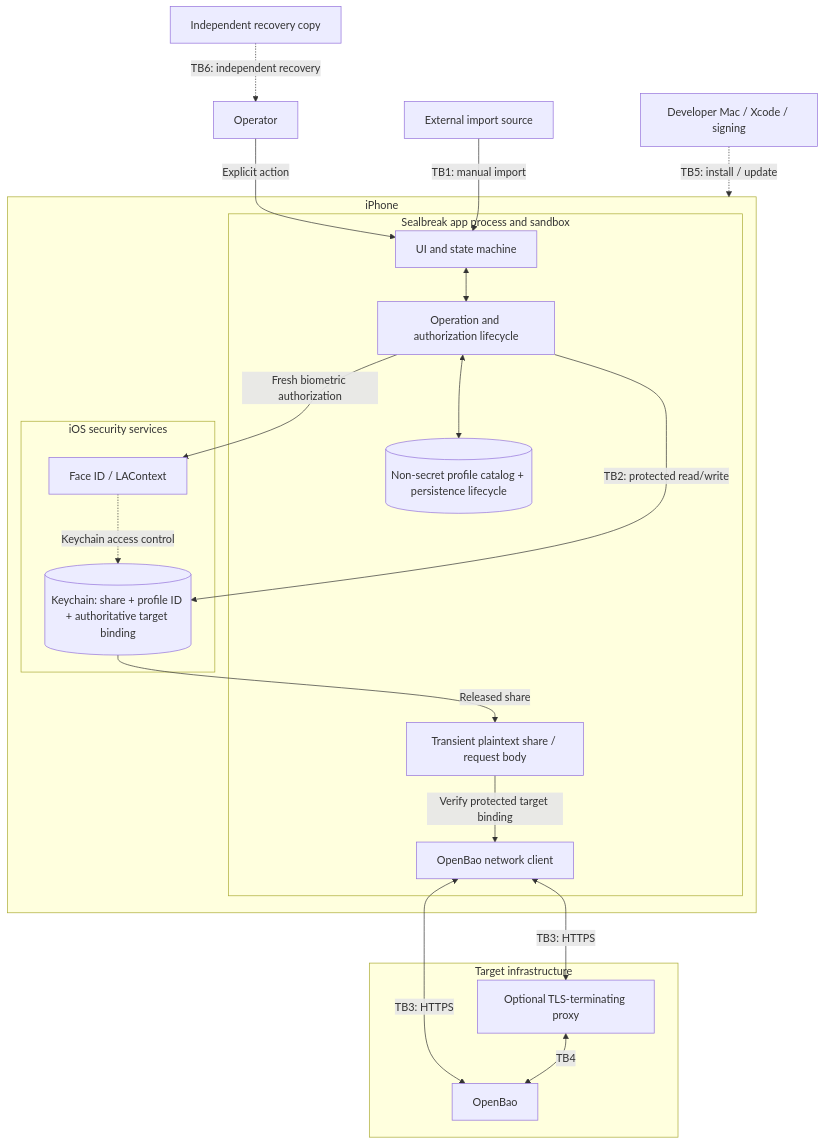
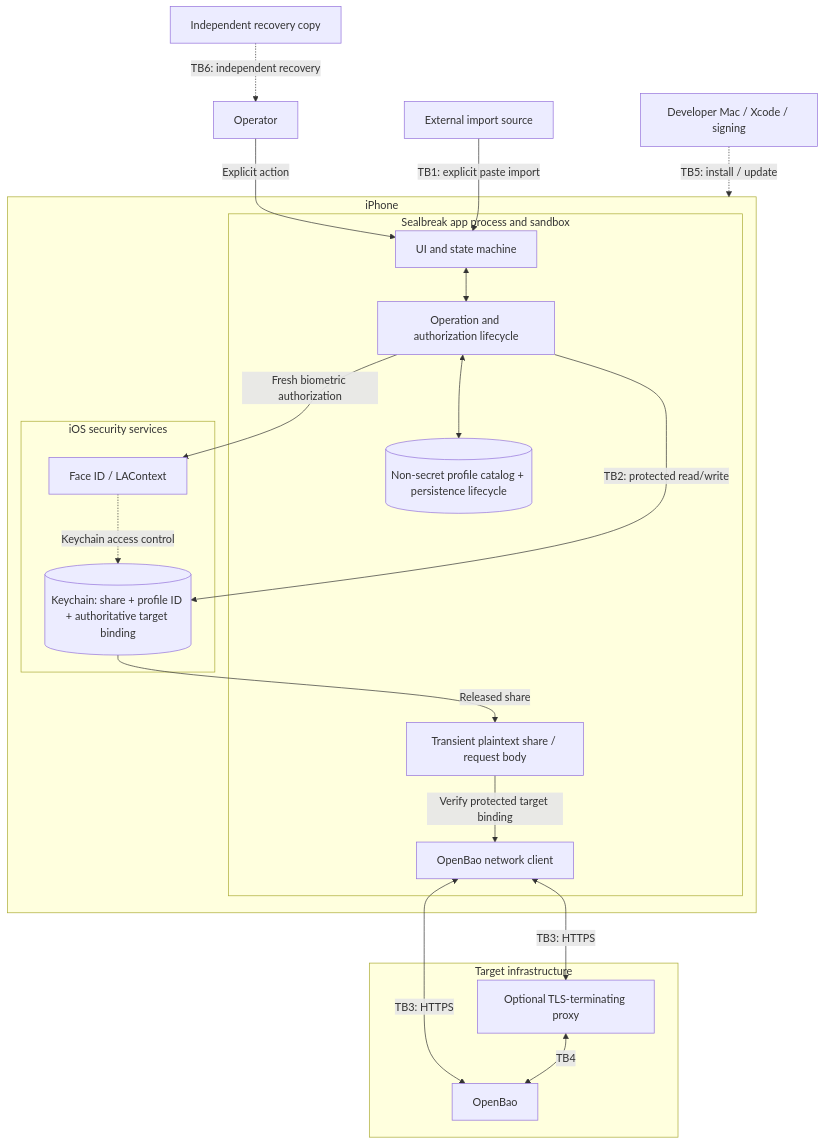
One commit to GeorgesAlkhouri/sealbreak changed the first of 2 diagrams in THREAT_MODEL.md. Above: the diagram before and after it, drawn with Mermaid. The commit also changed other lines of this file, not shown here.

Commit message:
docs: document hardened share import

````diff
--- a/THREAT_MODEL.md
+++ b/THREAT_MODEL.md
@@ -58,45 +58,45 @@
 ```mermaid
 flowchart TB
     OP["Operator"]
     IMPORT["External import source"]
     REC["Independent recovery copy"]
     BUILD["Developer Mac / Xcode / signing"]
 
     subgraph PHONE["iPhone"]
         subgraph APP["Sealbreak app process and sandbox"]
             UI["UI and state machine"]
             MODEL["Operation and authorization lifecycle"]
             DISPLAY[("Non-secret profile catalog + persistence lifecycle")]
             MEM["Transient plaintext share / request body"]
             NET["OpenBao network client"]
         end
 
         subgraph IOS["iOS security services"]
             AUTH["Face ID / LAContext"]
             KC[("Keychain: share + profile ID + authoritative target binding")]
         end
     end
 
     subgraph TARGET["Target infrastructure"]
         PROXY["Optional TLS-terminating proxy"]
         BAO["OpenBao"]
     end
 
     OP -->|"Explicit action"| UI
-    IMPORT -->|"TB1: manual import"| UI
+    IMPORT -->|"TB1: explicit paste import"| UI
     BUILD -.->|"TB5: install / update"| APP
 
     UI <--> MODEL
     MODEL <--> DISPLAY
     MODEL -->|"Fresh biometric authorization"| AUTH
     AUTH -.->|"Keychain access control"| KC
     MODEL -->|"TB2: protected read/write"| KC
     KC -->|"Released share"| MEM
     MEM -->|"Verify protected target binding"| NET
 
     NET <-->|"TB3: HTTPS"| BAO
     NET <-->|"TB3: HTTPS"| PROXY
     PROXY <-->|"TB4"| BAO
 
     REC -.->|"TB6: independent recovery"| OP
 ```
````
